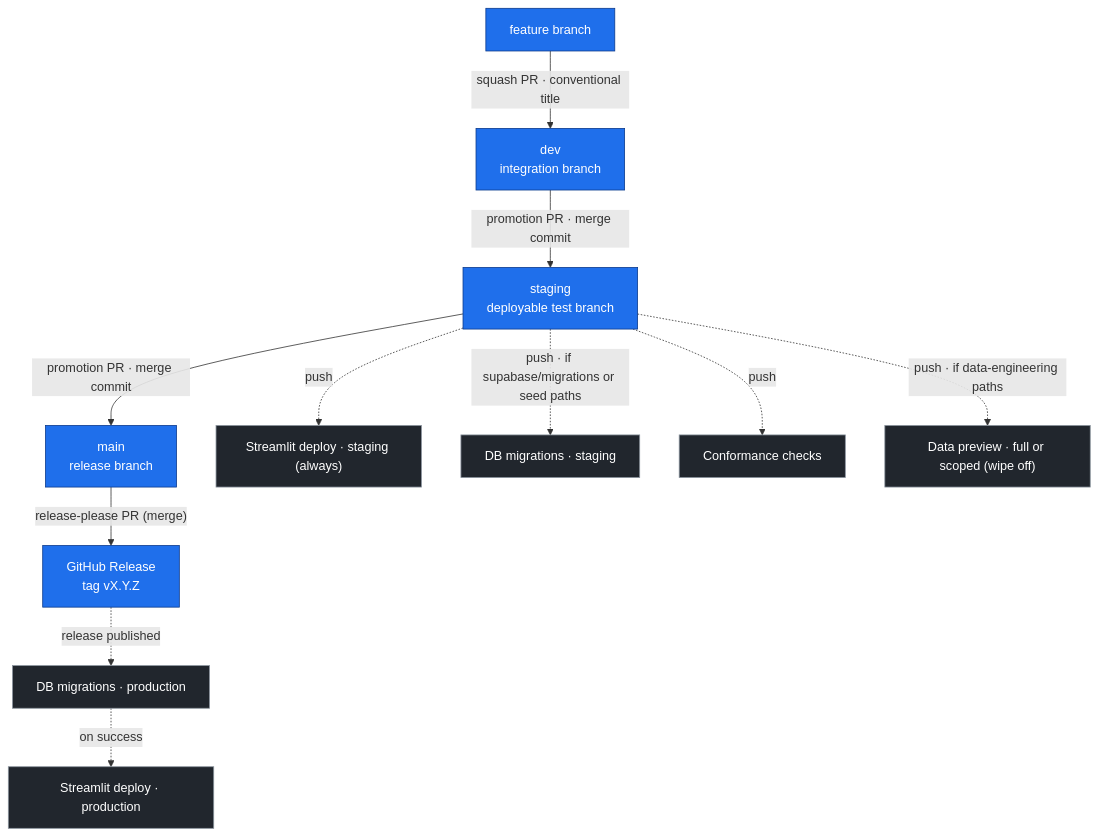
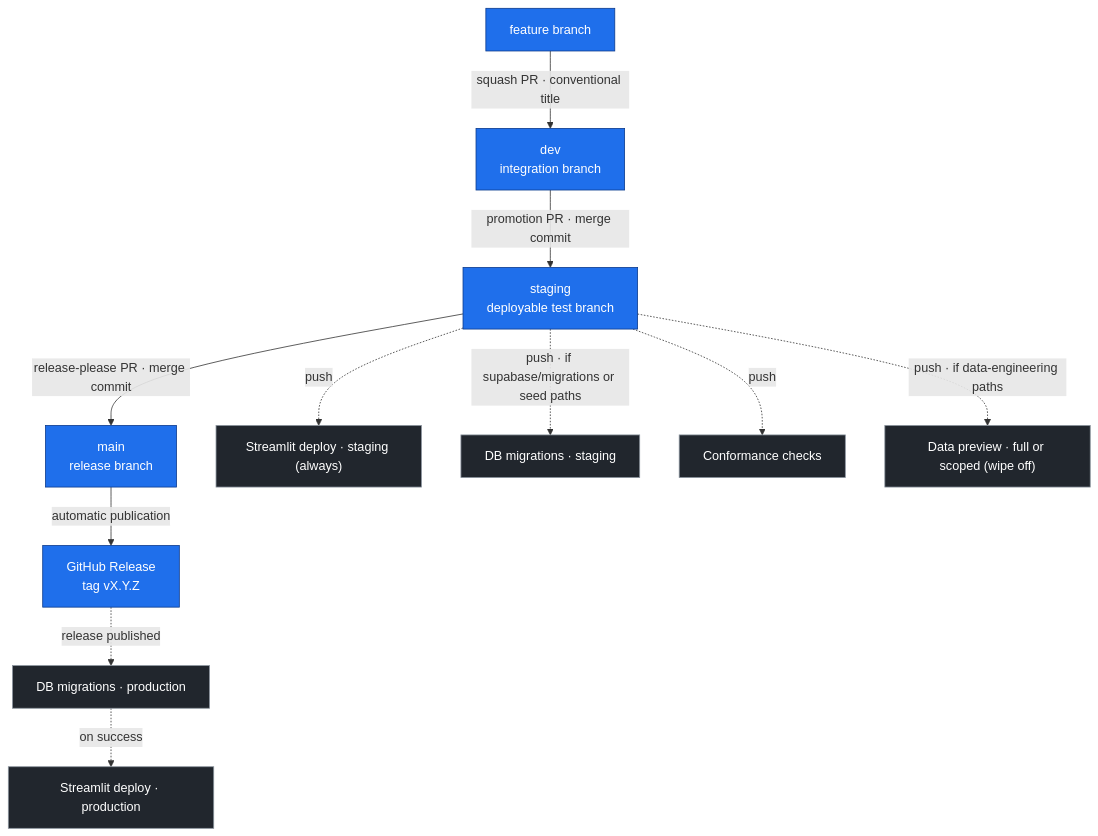
One commit to DGAFP/assistant-rh changed the diagram in docs/git_flow.md. Above: the diagram before and after it, drawn with Mermaid. The commit also changed other lines of this file and 10 other files, not shown here.

Commit message:
feat(ci): make release PR the staging-to-main promotion

````diff
--- a/docs/git_flow.md
+++ b/docs/git_flow.md
@@ -9,20 +9,20 @@
 ```mermaid
 flowchart TD
     F["feature branch"] -->|"squash PR · conventional title"| DEV["dev<br/>integration branch"]
     DEV -->|"promotion PR · merge commit"| STG["staging<br/>deployable test branch"]
-    STG -->|"promotion PR · merge commit"| MAIN["main<br/>release branch"]
-    MAIN -->|"release-please PR (merge)"| REL["GitHub Release<br/>tag vX.Y.Z"]
+    STG -->|"release-please PR · merge commit"| MAIN["main<br/>release branch"]
+    MAIN -->|"automatic publication"| REL["GitHub Release<br/>tag vX.Y.Z"]
 
     STG -.->|push| S1["Streamlit deploy · staging (always)"]
     STG -.->|"push · if supabase/migrations or seed paths"| S2["DB migrations · staging"]
     STG -.->|push| S3["Conformance checks"]
     STG -.->|"push · if data-engineering paths"| S4["Data preview · full or scoped (wipe off)"]
 
     REL -.->|release published| P1["DB migrations · production"]
     P1 -.->|on success| P2["Streamlit deploy · production"]
 
     classDef branch fill:#1f6feb,stroke:#0b3a8c,color:#fff;
     classDef job fill:#21262d,stroke:#8b949e,color:#fff;
     class F,DEV,STG,MAIN,REL branch;
     class S1,S2,S3,S4,P1,P2 job;
 ```
````
